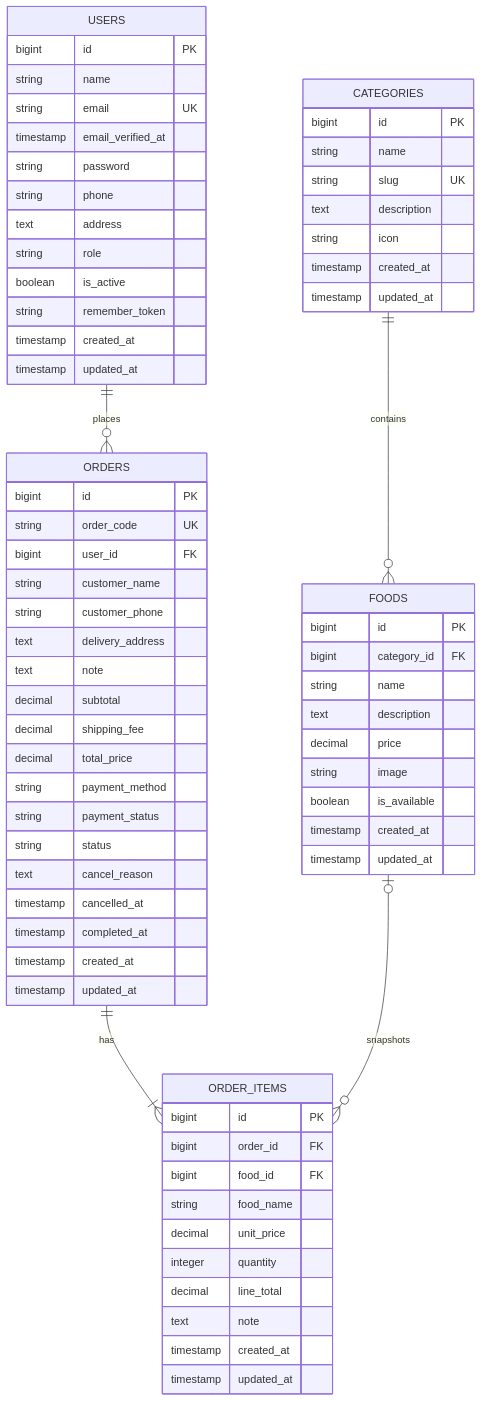
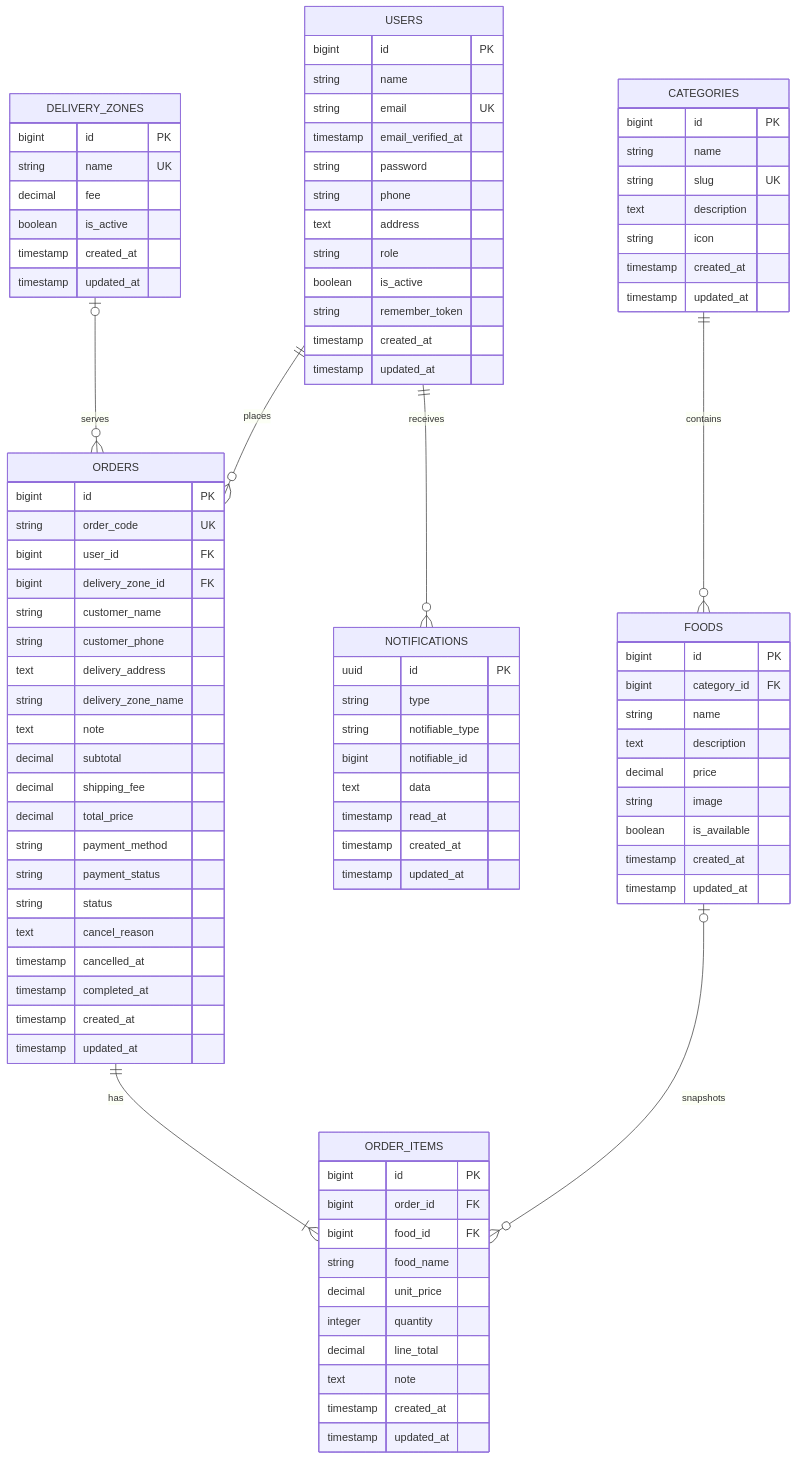
One commit to TranVanKhoa-503/food-order changed the diagram in docs/DATABASE.md. Above: the diagram before and after it, drawn with Mermaid. The commit also changed other lines of this file and 88 other files, not shown here.

````diff
--- a/docs/DATABASE.md
+++ b/docs/DATABASE.md
@@ -21,6 +21,7 @@
     CATEGORIES ||--o{ FOODS : contains
     ORDERS ||--|{ ORDER_ITEMS : has
     FOODS o|--o{ ORDER_ITEMS : snapshots
+    DELIVERY_ZONES o|--o{ ORDERS : serves
 
     USERS {
         bigint id PK
@@ -63,9 +64,11 @@
         bigint id PK
         string order_code UK
         bigint user_id FK
+        bigint delivery_zone_id FK
         string customer_name
         string customer_phone
         text delivery_address
+        string delivery_zone_name
         text note
         decimal subtotal
         decimal shipping_fee
@@ -92,4 +95,26 @@
         timestamp created_at
         timestamp updated_at
     }
+
+    DELIVERY_ZONES {
+        bigint id PK
+        string name UK
+        decimal fee
+        boolean is_active
+        timestamp created_at
+        timestamp updated_at
+    }
+
+    NOTIFICATIONS {
+        uuid id PK
+        string type
+        string notifiable_type
+        bigint notifiable_id
+        text data
+        timestamp read_at
+        timestamp created_at
+        timestamp updated_at
+    }
+
+    USERS ||--o{ NOTIFICATIONS : receives
 ```
````
